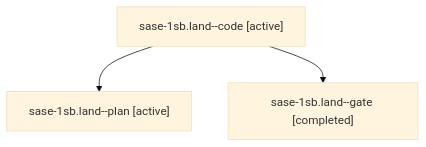
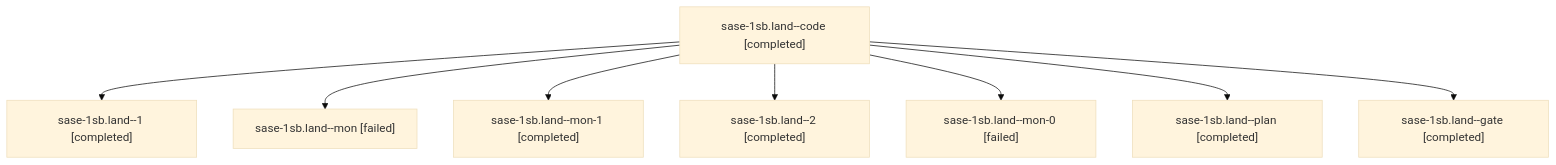
One commit to sase-org/sase--agents changed the diagram in sessions/bbugyi200.athena.sase-1sb.land.md. Above: the diagram before and after it, drawn with Mermaid (base theme). The commit also changed other lines of this file and 85 other files, not shown here.

````diff
--- a/sessions/bbugyi200.athena.sase-1sb.land.md
+++ b/sessions/bbugyi200.athena.sase-1sb.land.md
@@ -9,8 +9,18 @@
 ```mermaid
 flowchart TD
-  n0["sase-1sb.land--code [active]"]
-  n1["sase-1sb.land--plan [active]"]
+  n0["sase-1sb.land--code [completed]"]
+  n1["sase-1sb.land--1 [completed]"]
   n0 --> n1
-  n2["sase-1sb.land--gate [completed]"]
+  n2["sase-1sb.land--mon [failed]"]
   n0 --> n2
+  n3["sase-1sb.land--mon-1 [completed]"]
+  n0 --> n3
+  n4["sase-1sb.land--2 [completed]"]
+  n0 --> n4
+  n5["sase-1sb.land--mon-0 [failed]"]
+  n0 --> n5
+  n6["sase-1sb.land--plan [completed]"]
+  n0 --> n6
+  n7["sase-1sb.land--gate [completed]"]
+  n0 --> n7
 ```
````
